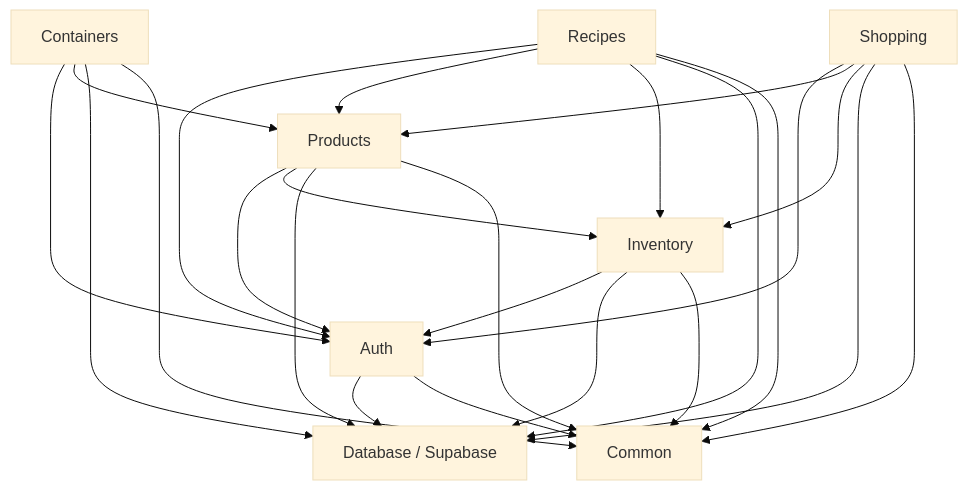
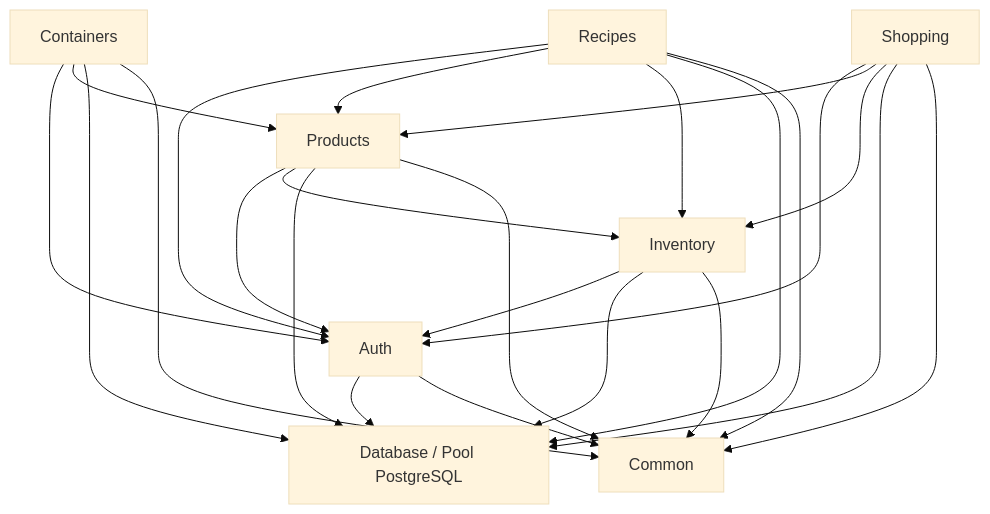
One commit to AlejandroPedrosa/Nido-SmartHome changed the seventh of 8 diagrams in docs/modulos.md. Above: the diagram before and after it, drawn with Mermaid (base theme). The commit also changed other lines of this file and 8 other files, not shown here.

````diff
--- a/docs/modulos.md
+++ b/docs/modulos.md
@@ -536,40 +593,40 @@
 ```mermaid
 graph TD
     Auth[Auth]
     Products[Products]
     Containers[Containers]
     Recipes[Recipes]
     Inventory[Inventory]
     Shopping[Shopping]
     Common[Common]
-    Database[Database / Supabase]
+    Database[Database / Pool PostgreSQL]
 
     Auth --> Database
     Auth --> Common
 
     Products --> Auth
     Products --> Inventory
     Products --> Database
     Products --> Common
 
     Containers --> Auth
     Containers --> Products
     Containers --> Database
     Containers --> Common
 
     Recipes --> Auth
     Recipes --> Products
     Recipes --> Inventory
     Recipes --> Database
     Recipes --> Common
 
     Inventory --> Auth
     Inventory --> Database
     Inventory --> Common
 
     Shopping --> Auth
     Shopping --> Products
     Shopping --> Inventory
     Shopping --> Database
     Shopping --> Common
 ```
````
